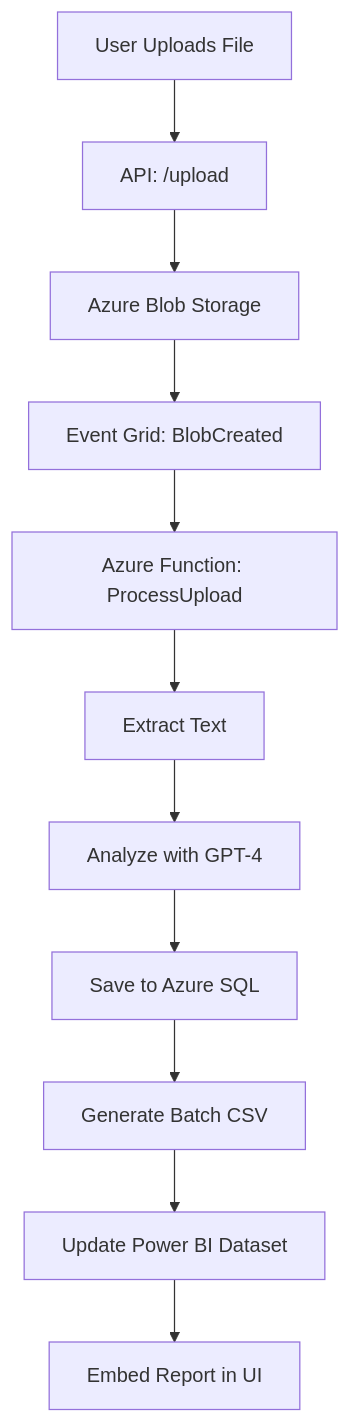
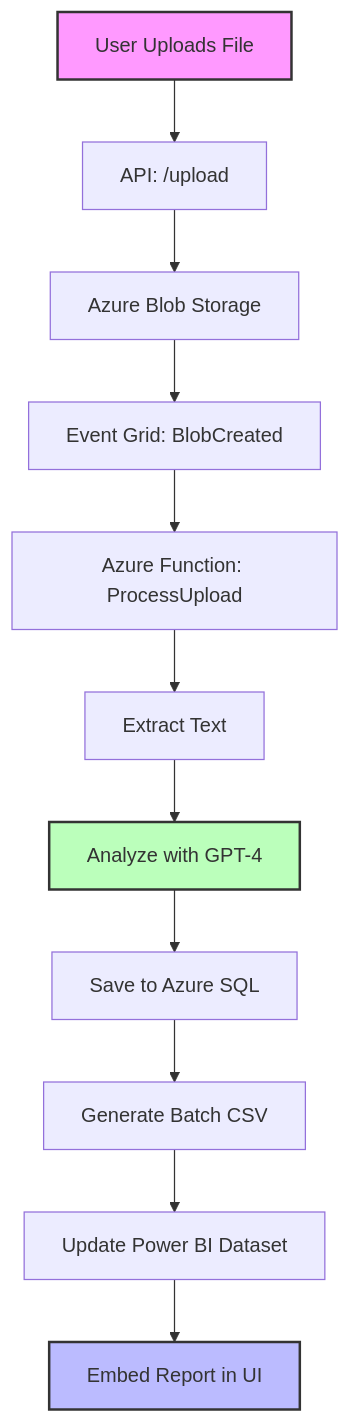
The diagram in README.md (victorbash400/AnalitiqProject), drawn with Mermaid before and after one commit. The commit also changed other lines of this file, not shown here.

````diff
--- a/README.md
+++ b/README.md
@@ -179,13 +44,17 @@
 ```mermaid
 graph TD
     A[User Uploads File] --> B[API: /upload]
     B --> C[Azure Blob Storage]
     C --> D[Event Grid: BlobCreated]
     D --> E[Azure Function: ProcessUpload]
     E --> F[Extract Text]
     F --> G[Analyze with GPT-4]
     G --> H[Save to Azure SQL]
     H --> I[Generate Batch CSV]
     I --> J[Update Power BI Dataset]
     J --> K[Embed Report in UI]
+
+    style A fill:#f9f,stroke:#333,stroke-width:2px
+    style K fill:#bbf,stroke:#333,stroke-width:2px
+    style G fill:#bfb,stroke:#333,stroke-width:2px
 ```
````
